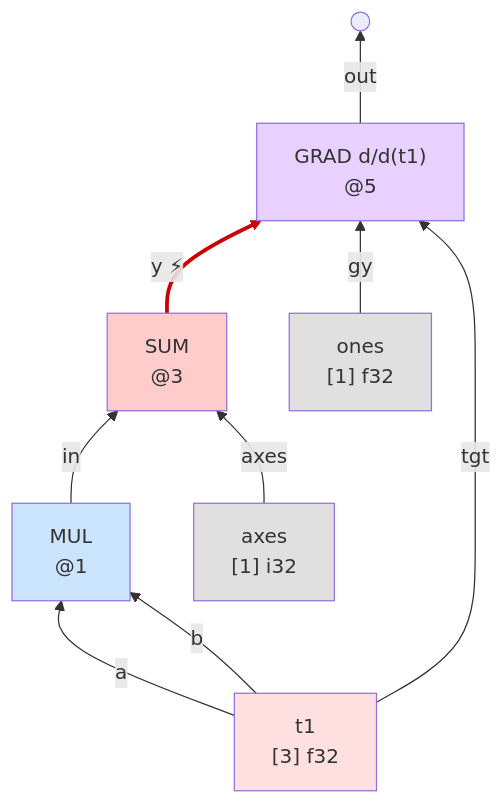
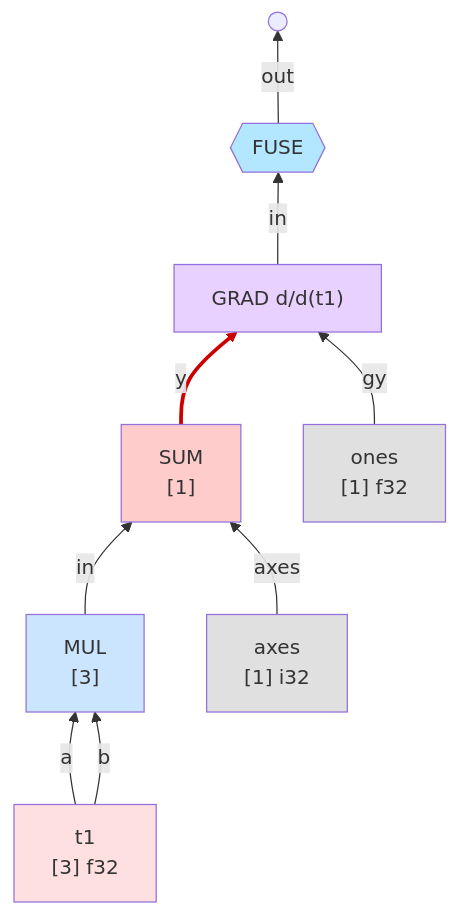
The first of 3 diagrams in docs/step_graph_ic_goal.md (sw1sh/TinyHVM), drawn with Mermaid before and after one commit. The commit also changed other lines of this file and 50 other files, not shown here.

First line of the commit message:
grad: 2-slot GRAD cell + HVM4-style commute for SUM/MUL

````diff
--- a/docs/step_graph_ic_goal.md
+++ b/docs/step_graph_ic_goal.md
@@ -68,24 +75,26 @@
 ```mermaid
 flowchart BT
     t1["t1<br/>[3] f32"]:::ten
     axes["axes<br/>[1] i32"]:::meta
     ones["ones<br/>[1] f32"]:::meta
-    MUL["MUL<br/>@1"]:::ew
-    SUM["SUM<br/>@3"]:::red
-    GRAD["GRAD d/d(t1)<br/>@5"]:::grad
+    MUL["MUL<br/>[3]"]:::ew
+    SUM["SUM<br/>[1]"]:::red
+    GRAD["GRAD d/d(t1)"]:::grad
+    FUSE{{FUSE}}:::fuse
     out(( ))
     t1 -->|a| MUL
     t1 -->|b| MUL
     MUL -->|in| SUM
     axes -->|axes| SUM
-    SUM -->|"y ⚡"| GRAD
+    SUM -->|y| GRAD
     ones -->|gy| GRAD
-    t1 -->|tgt| GRAD
-    GRAD -->|out| out
+    GRAD -->|in| FUSE
+    FUSE -->|out| out
     linkStyle 4 stroke:#cc0000,stroke-width:3px
     classDef ten fill:#ffe0e0
     classDef meta fill:#e0e0e0
     classDef ew fill:#cce5ff
     classDef red fill:#ffcccc
     classDef grad fill:#e8d0ff
+    classDef fuse fill:#b3e6ff
 ```
````
